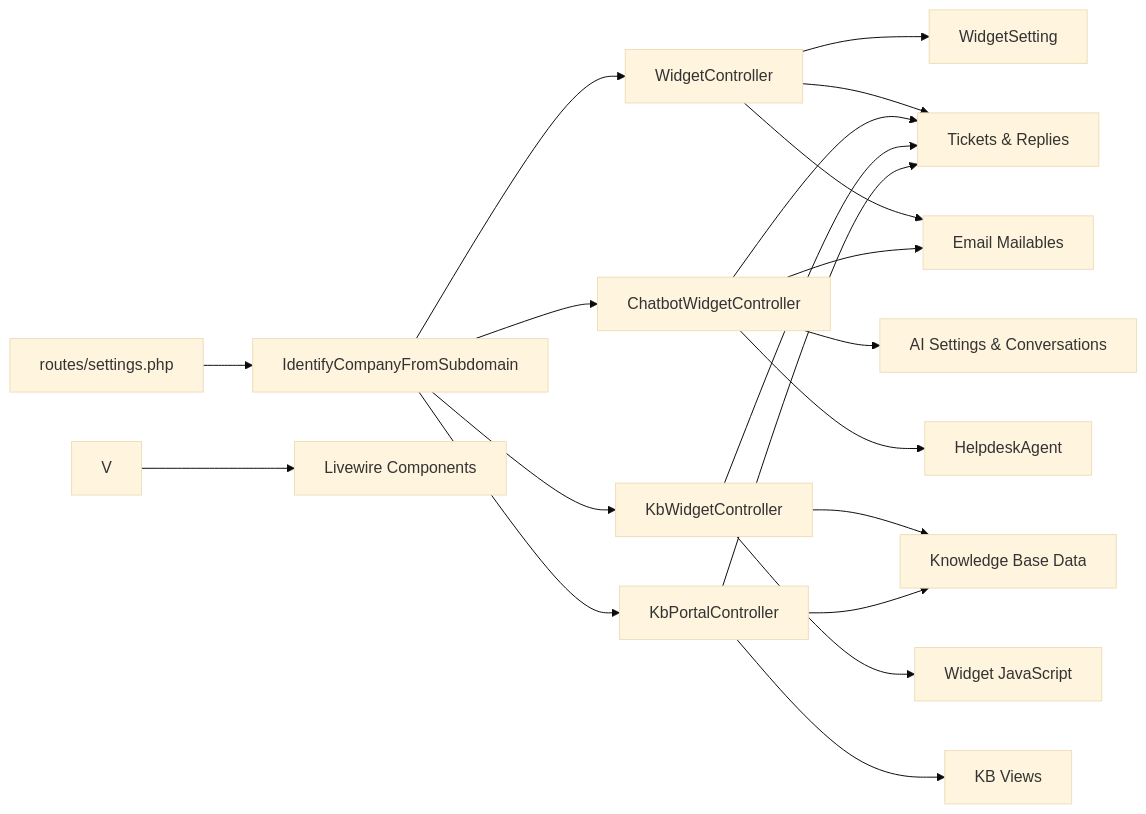
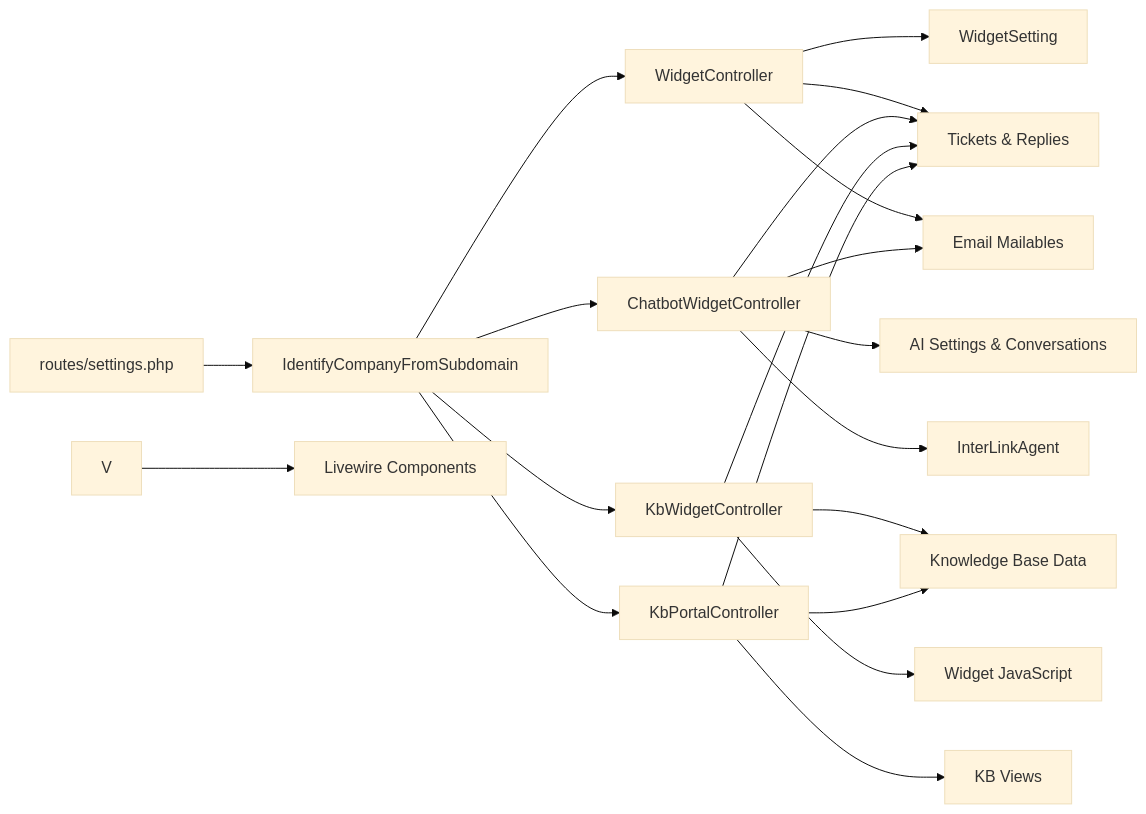
Before and after one commit to younesgamer68/Internship-management-Platforme: the ninth of 9 diagrams in .qoder/repowiki/en/content/Widget System/Widget System.md, drawn with Mermaid (base theme). The commit also changed other lines of this file and 175 other files, not shown here.

````diff
--- a/.qoder/repowiki/en/content/Widget System/Widget System.md
+++ b/.qoder/repowiki/en/content/Widget System/Widget System.md
@@ -394,22 +394,22 @@
 ```mermaid
 graph LR
 R["routes/settings.php"] --> MW["IdentifyCompanyFromSubdomain"]
 MW --> WC["WidgetController"]
 MW --> CBC["ChatbotWidgetController"]
 MW --> KBC["KbWidgetController"]
 MW --> KC["KbPortalController"]
 WC --> WS["WidgetSetting"]
 CBC --> AI["AI Settings & Conversations"]
-CBC --> Agent["HelpdeskAgent"]
+CBC --> Agent["InterLinkAgent"]
 KBC --> KB["Knowledge Base Data"]
 KC --> KB
 WC --> DB["Tickets & Replies"]
 CBC --> DB
 KBC --> DB
 KC --> DB
 WC --> EM["Email Mailables"]
 CBC --> EM
 KBC --> JS["Widget JavaScript"]
 KC --> Views["KB Views"]
 V --> LV["Livewire Components"]
 ```
````
